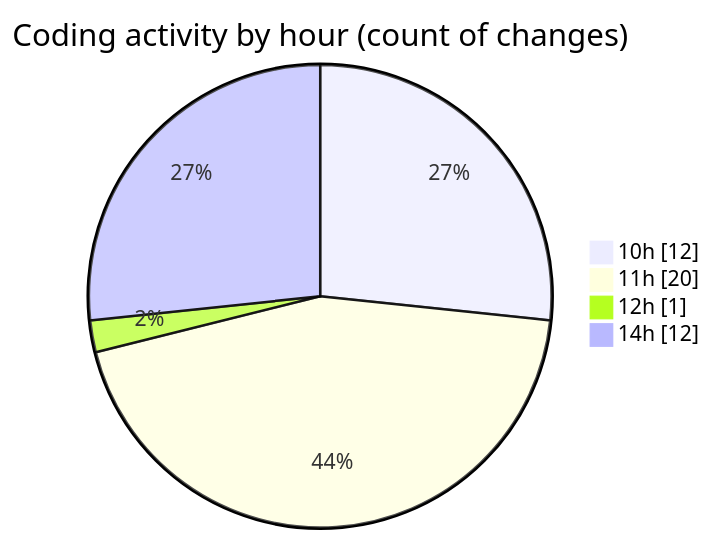
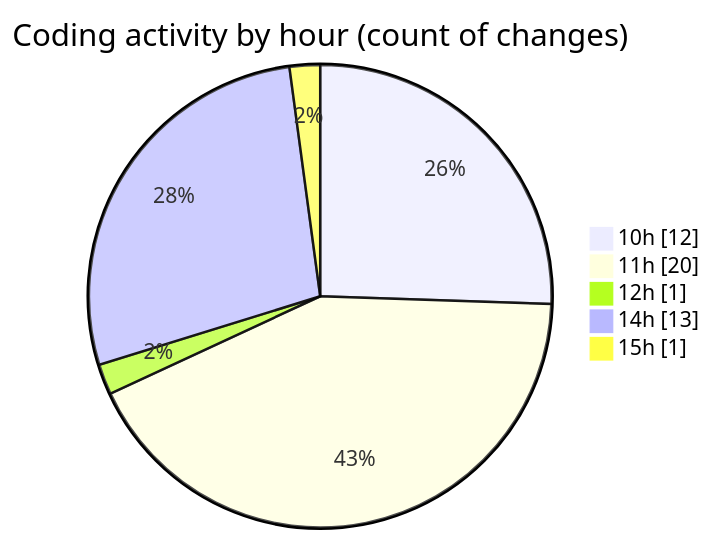
Before and after one commit to nxtqubesakshisongat/code-tracking: the second of 2 diagrams in 2025-06-20/nxtqube_webapp/README.md, drawn with Mermaid. The commit also changed other lines of this file and 1 other file, not shown here.

````diff
--- a/2025-06-20/nxtqube_webapp/README.md
+++ b/2025-06-20/nxtqube_webapp/README.md
@@ -34,8 +35,9 @@
 ```mermaid
 pie showData
 title Coding activity by hour (count of changes)
 "10h" : 12
 "11h" : 20
 "12h" : 1
-"14h" : 12
+"14h" : 13
+"15h" : 1
 ```
````
